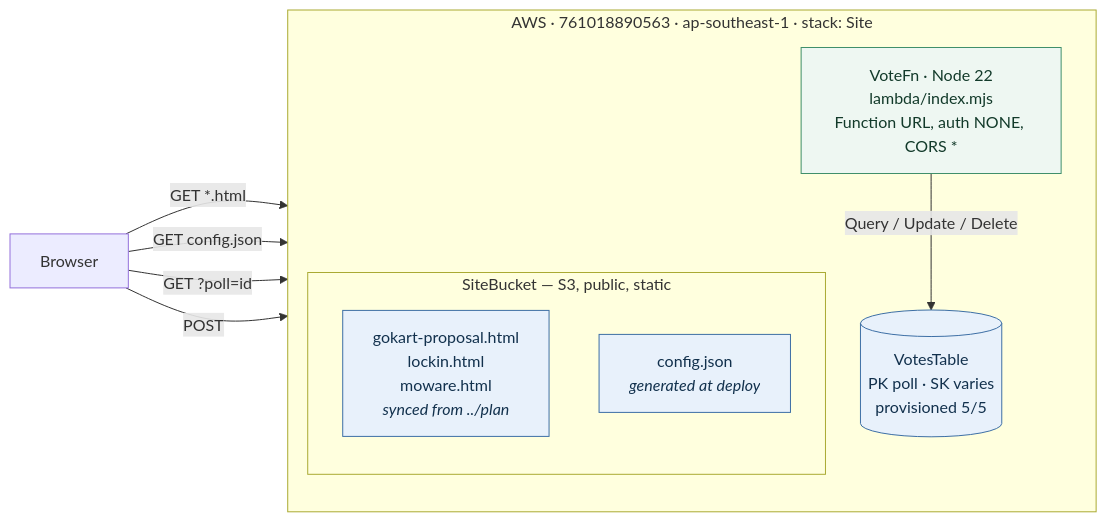
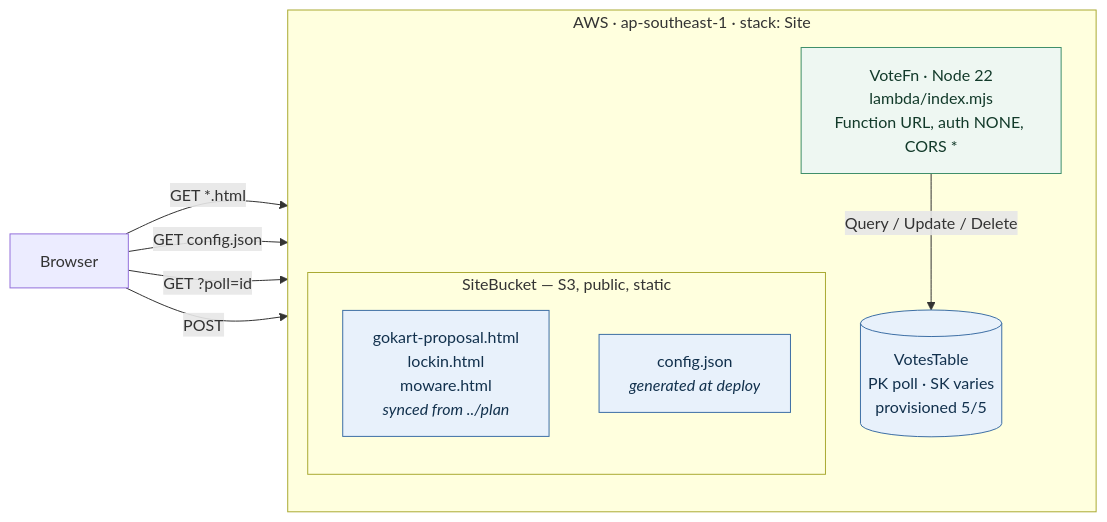
Before and after one commit to amirrhkm/flexsite: the first of 3 diagrams in cdk/ARCHITECTURE.md, drawn with Mermaid. The commit also changed other lines of this file and 4 other files, not shown here.

````diff
--- a/cdk/ARCHITECTURE.md
+++ b/cdk/ARCHITECTURE.md
@@ -10,27 +10,27 @@
 ```mermaid
 flowchart LR
   browser["Browser"]
 
-  subgraph aws["AWS · 761018890563 · ap-southeast-1 · stack: Site"]
+  subgraph aws["AWS · ap-southeast-1 · stack: Site"]
     direction TB
 
     subgraph bucket["SiteBucket — S3, public, static"]
       html["gokart-proposal.html<br/>lockin.html<br/>moware.html<br/><i>synced from ../plan</i>"]
       cfg["config.json<br/><i>generated at deploy</i>"]
     end
 
     fn["VoteFn · Node 22<br/>lambda/index.mjs<br/>Function URL, auth NONE, CORS *"]
     ddb[("VotesTable<br/>PK poll · SK varies<br/>provisioned 5/5")]
   end
 
   browser -->|"GET *.html"| html
   browser -->|"GET config.json"| cfg
   browser -->|"GET ?poll=id"| fn
   browser -->|"POST"| fn
   fn -->|"Query / Update / Delete"| ddb
 
   classDef store fill:#e8f1fb,stroke:#3d6fa5,color:#12314d
   classDef comp fill:#eef7f2,stroke:#3f8f6b,color:#123a2a
   class html,cfg,ddb store
   class fn comp
 ```
````
